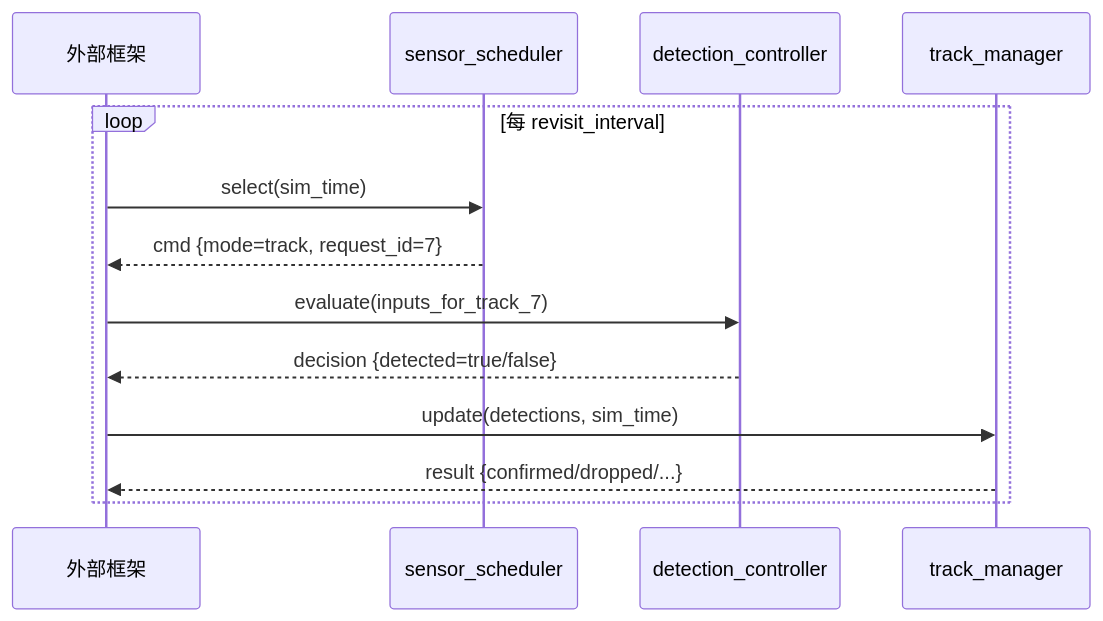
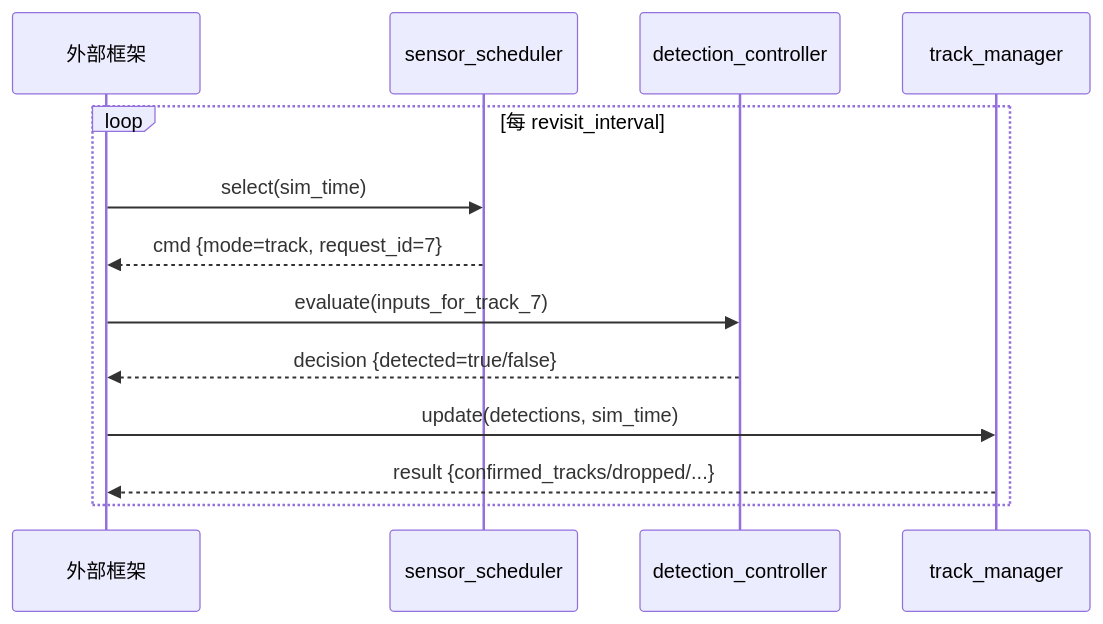
One commit to xin-gao-04/xsf-math changed the seventh of 7 diagrams in docs/行为层/感知/感知调度与探测工作流.md. Above: the diagram before and after it, drawn with Mermaid. The commit also changed 47 other files, not shown here.

````diff
--- a/docs/行为层/感知/感知调度与探测工作流.md
+++ b/docs/行为层/感知/感知调度与探测工作流.md
@@ -154,16 +154,16 @@
 ```mermaid
 sequenceDiagram
     participant F as 外部框架
     participant S as sensor_scheduler
     participant D as detection_controller
     participant T as track_manager
 
     loop 每 revisit_interval
         F->>S: select(sim_time)
         S-->>F: cmd {mode=track, request_id=7}
         F->>D: evaluate(inputs_for_track_7)
         D-->>F: decision {detected=true/false}
         F->>T: update(detections, sim_time)
-        T-->>F: result {confirmed/dropped/...}
+        T-->>F: result {confirmed_tracks/dropped/...}
     end
 ```
````
